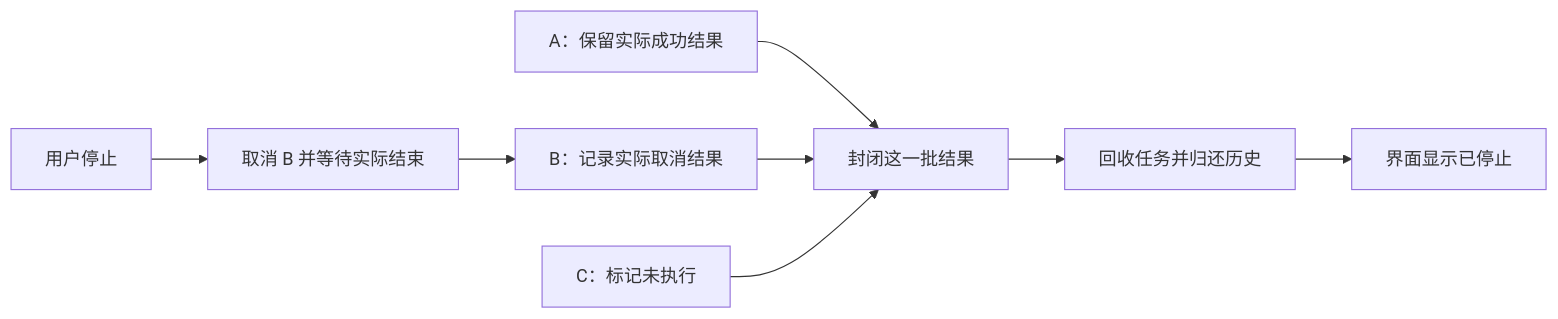
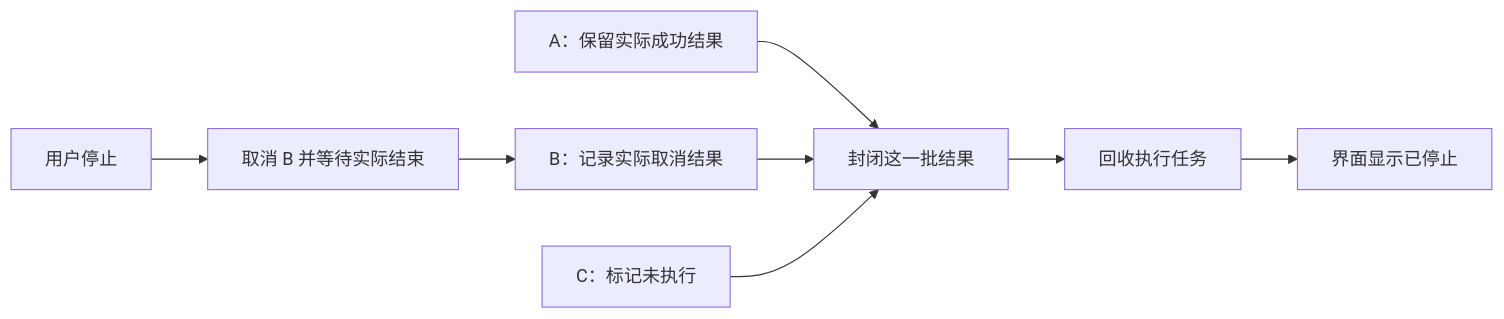
Before and after one commit to slc90/Agentelier: the fourth of 5 diagrams in docs/design/tool_call.md, drawn with Mermaid. The commit also changed other lines of this file and 29 other files, not shown here.

````diff
--- a/docs/design/tool_call.md
+++ b/docs/design/tool_call.md
@@ -176,10 +176,10 @@
 ```mermaid
 flowchart LR
     Stop["用户停止"] --> B["取消 B 并等待实际结束"]
     A["A：保留实际成功结果"] --> Seal["封闭这一批结果"]
     B --> BR["B：记录实际取消结果"]
     BR --> Seal
     C["C：标记未执行"] --> Seal
-    Seal --> Join["回收任务并归还历史"]
+    Seal --> Join["回收执行任务"]
     Join --> End["界面显示已停止"]
 ```
````
